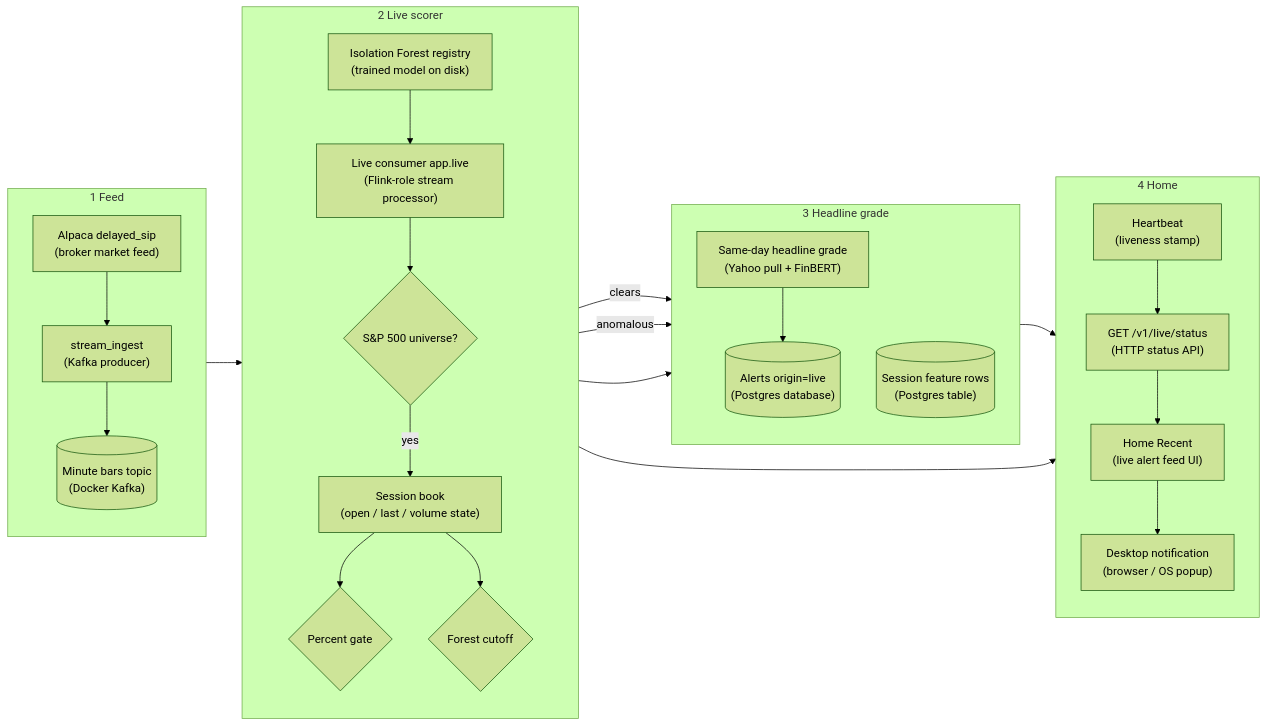
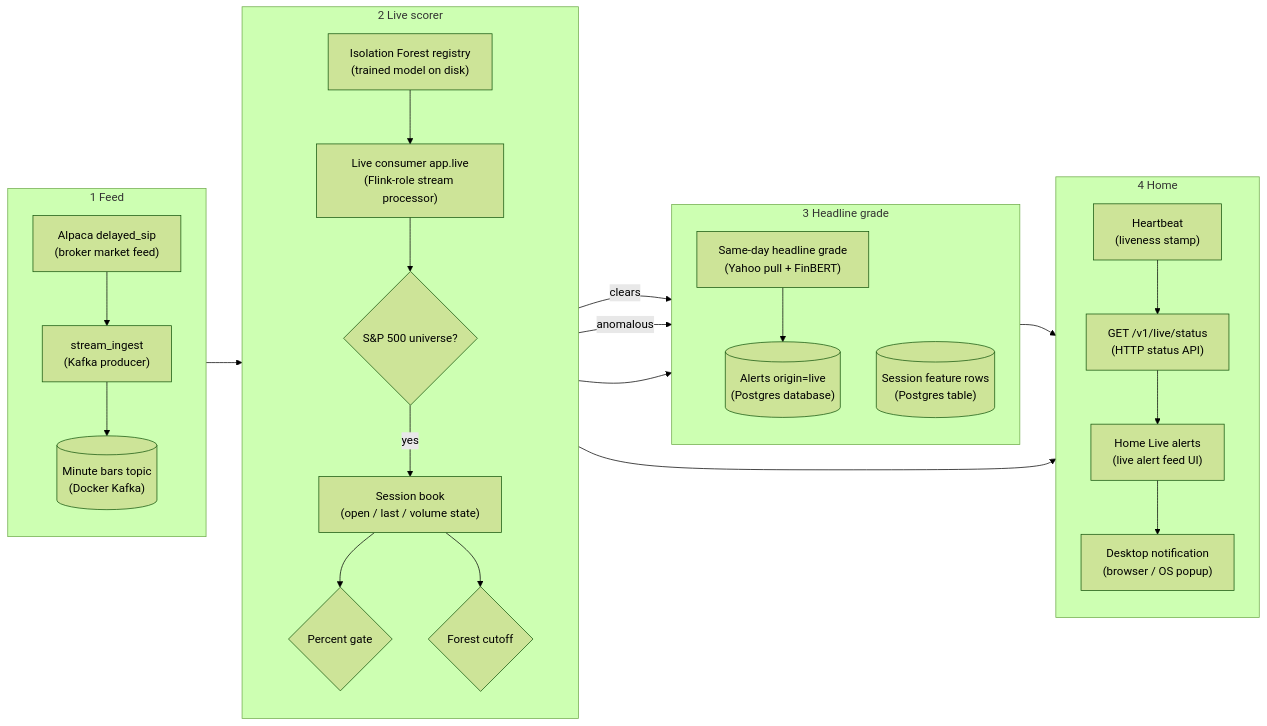
One commit to sameerde4/ticker-alert-system changed the third of 10 diagrams in docs/architecture.md. Above: the diagram before and after it, drawn with Mermaid (forest theme). The commit also changed other lines of this file and 8 other files, not shown here.

First line of the commit message:
Rename Home Recent alerts to Live alerts.

````diff
--- a/docs/architecture.md
+++ b/docs/architecture.md
@@ -243,35 +243,35 @@
 ```mermaid
 flowchart LR
     subgraph feed [1 Feed]
         direction TB
         ALP["Alpaca delayed_sip<br/>(broker market feed)"] --> PROD["stream_ingest<br/>(Kafka producer)"]
         PROD --> TOPIC[("Minute bars topic<br/>(Docker Kafka)")]
     end
 
     subgraph score [2 Live scorer]
         direction TB
         TOPIC --> LIVE["Live consumer app.live<br/>(Flink-role stream processor)"]
         LIVE --> UNI{S&P 500 universe?}
         REG["Isolation Forest registry<br/>(trained model on disk)"] --> LIVE
         UNI -->|yes| BOOK["Session book<br/>(open / last / volume state)"]
         BOOK --> RULE2{Percent gate}
         BOOK --> FOREST{Forest cutoff}
     end
 
     subgraph join [3 Headline grade]
         direction TB
         RULE2 -->|clears| NEWSU["Same-day headline grade<br/>(Yahoo pull + FinBERT)"]
         FOREST -->|anomalous| NEWSU
         NEWSU --> PG[("Alerts origin=live<br/>(Postgres database)")]
         FOREST --> FEAT[("Session feature rows<br/>(Postgres table)")]
     end
 
     subgraph ui [4 Home]
         direction TB
         LIVE --> BEAT["Heartbeat<br/>(liveness stamp)"]
         BEAT --> API["GET /v1/live/status<br/>(HTTP status API)"]
-        PG --> UI2["Home Recent<br/>(live alert feed UI)"]
+        PG --> UI2["Home Live alerts<br/>(live alert feed UI)"]
         API --> UI2
         UI2 --> NOTE2["Desktop notification<br/>(browser / OS popup)"]
     end
 ```
````
